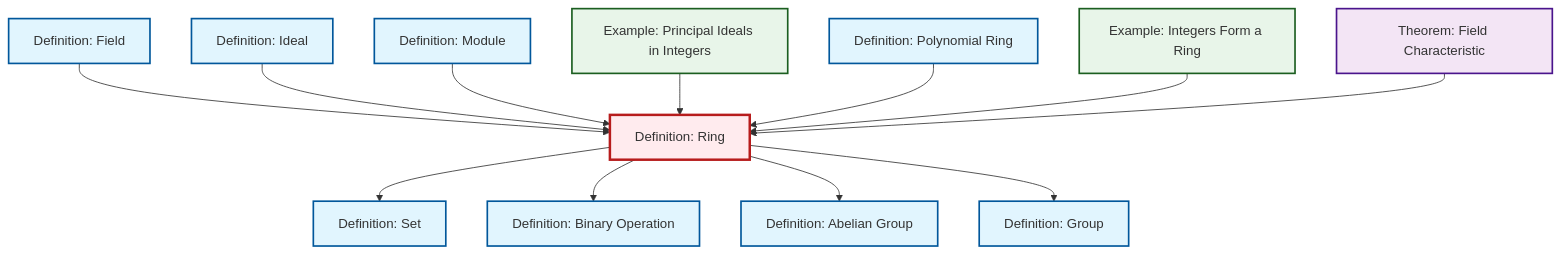
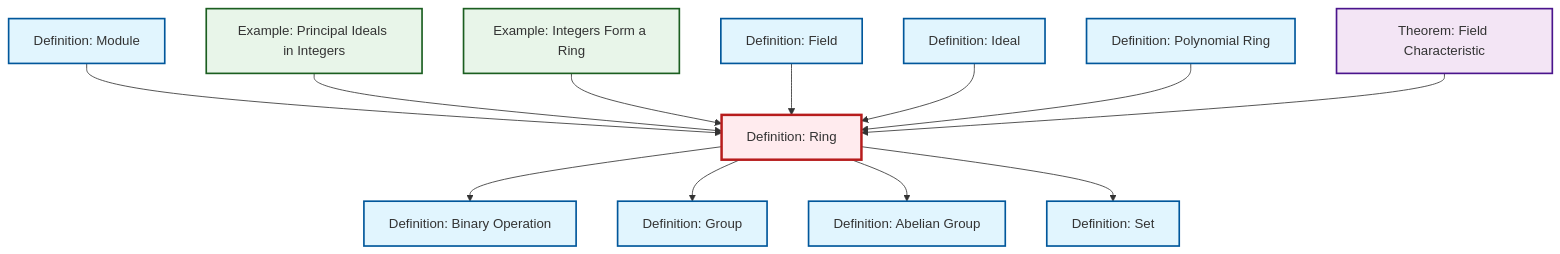
The diagram in content/ja/algebra/def-ring.qmd (RK0429/ModernMath), drawn with Mermaid before and after one commit. The commit also changed other lines of this file and 554 other files, not shown here.

````diff
--- a/content/ja/algebra/def-ring.qmd
+++ b/content/ja/algebra/def-ring.qmd
@@ -62,44 +62,44 @@
 ```{mermaid}
 %%| fig-cap: "Local dependency graph"
 graph TD
     classDef definition fill:#e1f5fe,stroke:#01579b,stroke-width:2px
     classDef theorem fill:#f3e5f5,stroke:#4a148c,stroke-width:2px
     classDef axiom fill:#fff3e0,stroke:#e65100,stroke-width:2px
     classDef example fill:#e8f5e9,stroke:#1b5e20,stroke-width:2px
     classDef current fill:#ffebee,stroke:#b71c1c,stroke-width:3px
+    def-ring["Definition: Ring"]:::definition
+    ex-principal-ideal["Example: Principal Ideals in Integers"]:::example
+    def-field["Definition: Field"]:::definition
+    thm-field-characteristic["Theorem: Field Characteristic"]:::theorem
     def-ideal["Definition: Ideal"]:::definition
     def-abelian-group["Definition: Abelian Group"]:::definition
+    def-module["Definition: Module"]:::definition
+    def-polynomial-ring["Definition: Polynomial Ring"]:::definition
+    def-group["Definition: Group"]:::definition
+    ex-integers-ring["Example: Integers Form a Ring"]:::example
     def-set["Definition: Set"]:::definition
-    def-field["Definition: Field"]:::definition
-    def-group["Definition: Group"]:::definition
-    thm-field-characteristic["Theorem: Field Characteristic"]:::theorem
-    ex-integers-ring["Example: Integers Form a Ring"]:::example
-    def-module["Definition: Module"]:::definition
     def-binary-operation["Definition: Binary Operation"]:::definition
-    def-ring["Definition: Ring"]:::definition
-    ex-principal-ideal["Example: Principal Ideals in Integers"]:::example
-    def-polynomial-ring["Definition: Polynomial Ring"]:::definition
+    def-module --> def-ring
+    def-ring --> def-binary-operation
+    ex-principal-ideal --> def-ring
+    ex-integers-ring --> def-ring
+    def-ring --> def-group
+    def-ring --> def-abelian-group
     def-field --> def-ring
     def-ideal --> def-ring
+    def-polynomial-ring --> def-ring
     def-ring --> def-set
-    def-module --> def-ring
-    def-ring --> def-binary-operation
-    def-ring --> def-abelian-group
-    ex-principal-ideal --> def-ring
-    def-polynomial-ring --> def-ring
-    ex-integers-ring --> def-ring
     thm-field-characteristic --> def-ring
-    def-ring --> def-group
     class def-ring current
+    click ex-principal-ideal "ex-principal-ideal.html" "Example: Principal Ideals in Integersへ"
+    click def-field "def-field.html" "Definition: Fieldへ"
+    click thm-field-characteristic "thm-field-characteristic.html" "Theorem: Field Characteristicへ"
     click def-ideal "def-ideal.html" "Definition: Idealへ"
     click def-abelian-group "def-abelian-group.html" "Definition: Abelian Groupへ"
+    click def-module "def-module.html" "Definition: Moduleへ"
+    click def-polynomial-ring "def-polynomial-ring.html" "Definition: Polynomial Ringへ"
+    click def-group "def-group.html" "Definition: Groupへ"
+    click ex-integers-ring "ex-integers-ring.html" "Example: Integers Form a Ringへ"
     click def-set "def-set.html" "Definition: Setへ"
-    click def-field "def-field.html" "Definition: Fieldへ"
-    click def-group "def-group.html" "Definition: Groupへ"
-    click thm-field-characteristic "thm-field-characteristic.html" "Theorem: Field Characteristicへ"
-    click ex-integers-ring "ex-integers-ring.html" "Example: Integers Form a Ringへ"
-    click def-module "def-module.html" "Definition: Moduleへ"
     click def-binary-operation "def-binary-operation.html" "Definition: Binary Operationへ"
-    click ex-principal-ideal "ex-principal-ideal.html" "Example: Principal Ideals in Integersへ"
-    click def-polynomial-ring "def-polynomial-ring.html" "Definition: Polynomial Ringへ"
 ```
````
